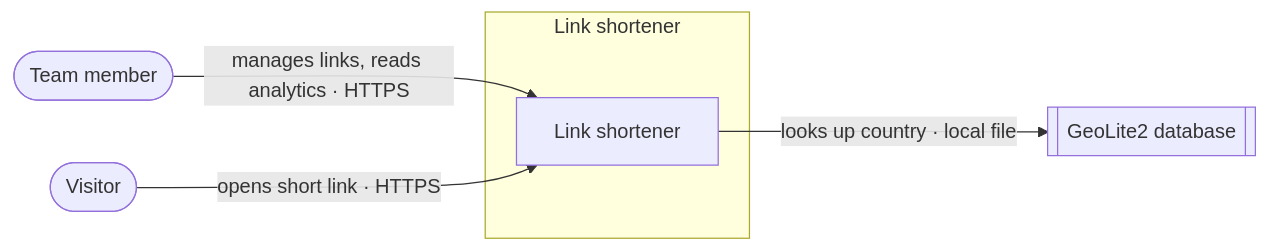
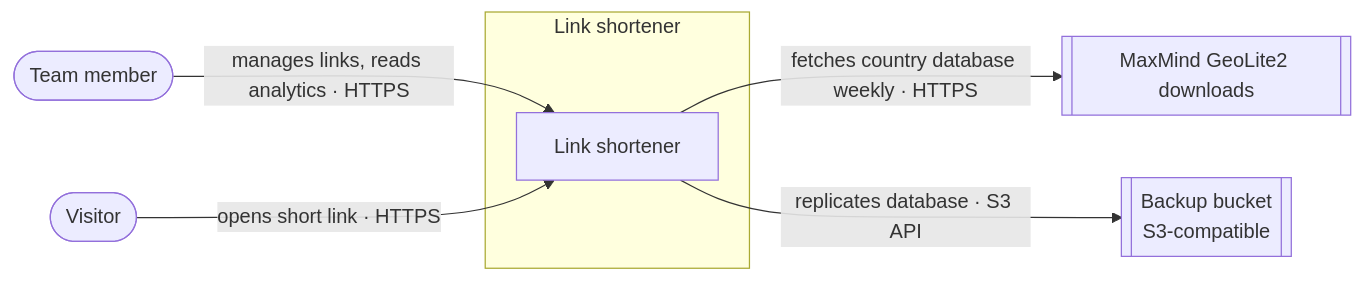
Before and after one commit to fwiesek/tech-design-skills: the first of 6 diagrams in examples/link-shortener/docs/design/link-shortener/design.md, drawn with Mermaid. The commit also changed other lines of this file and 2 other files, not shown here.

````diff
--- a/examples/link-shortener/docs/design/link-shortener/design.md
+++ b/examples/link-shortener/docs/design/link-shortener/design.md
@@ -35,12 +35,14 @@
 ```mermaid
 flowchart LR
   member([Team member])
   visitor([Visitor])
-  geo[[GeoLite2 database]]
+  maxmind[[MaxMind GeoLite2 downloads]]
+  bucket[[Backup bucket<br/>S3-compatible]]
   subgraph sys [Link shortener]
     app[Link shortener]
   end
   member -->|"manages links, reads analytics · HTTPS"| app
   visitor -->|"opens short link · HTTPS"| app
-  app -->|"looks up country · local file"| geo
+  app -->|"fetches country database weekly · HTTPS"| maxmind
+  app -->|"replicates database · S3 API"| bucket
 ```
````
